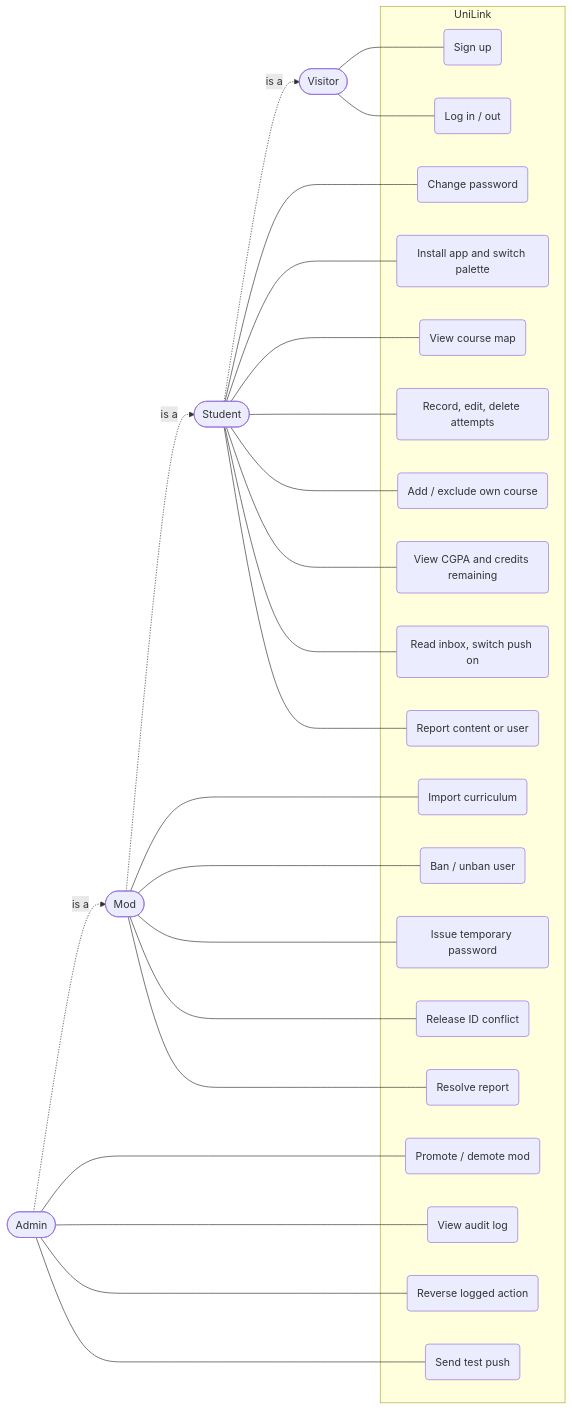
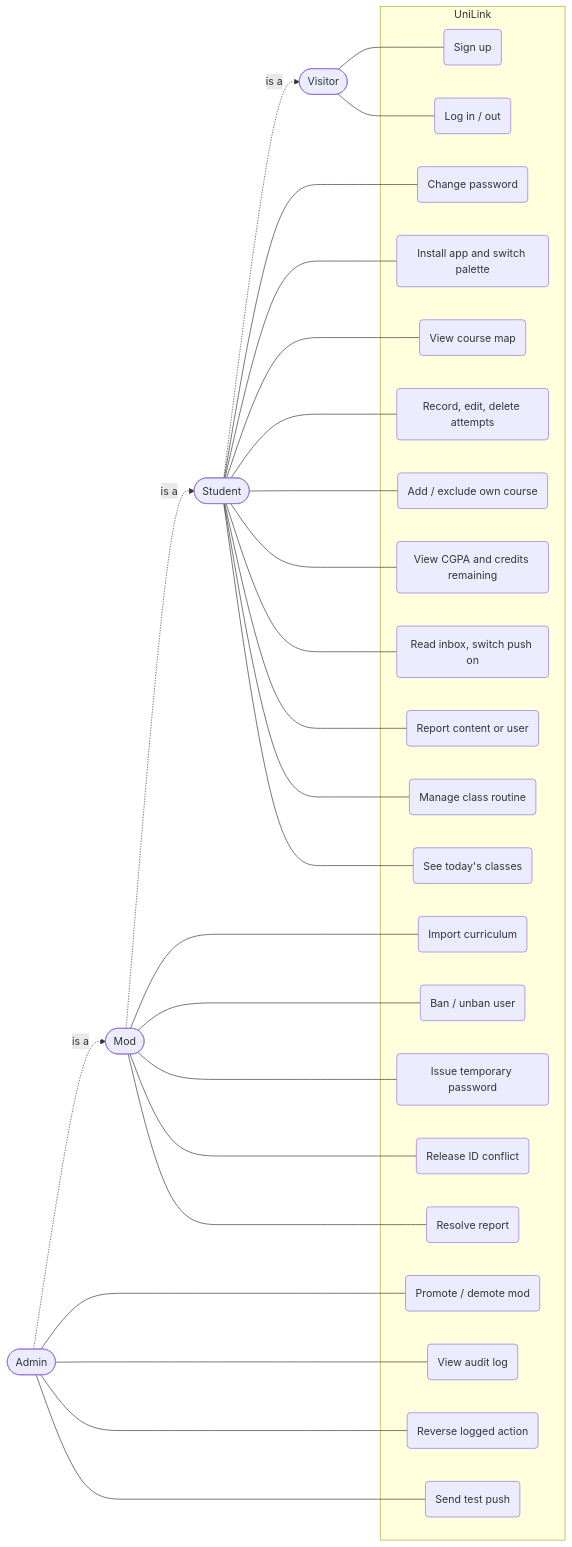
Before and after one commit to shithil17/UniLink: the diagram in docs/use-cases.md, drawn with Mermaid. The commit also changed other lines of this file and 7 other files, not shown here.

````diff
--- a/docs/use-cases.md
+++ b/docs/use-cases.md
@@ -5,52 +5,56 @@
 ```mermaid
 flowchart LR
   V([Visitor])
   S([Student])
   M([Mod])
   A([Admin])
   S -. is a .-> V
   M -. is a .-> S
   A -. is a .-> M
 
   subgraph UniLink
     UC1(Sign up)
     UC2(Log in / out)
     UC3(Change password)
     UC4(Install app and switch palette)
     UC5(View course map)
     UC6(Record, edit, delete attempts)
     UC7(Add / exclude own course)
     UC8(View CGPA and credits remaining)
     UC9(Read inbox, switch push on)
     UC10(Report content or user)
     UC11(Import curriculum)
     UC12(Ban / unban user)
     UC13(Issue temporary password)
     UC14(Release ID conflict)
     UC15(Resolve report)
     UC16(Promote / demote mod)
     UC17(View audit log)
     UC18(Reverse logged action)
     UC19(Send test push)
+    UC20(Manage class routine)
+    UC21(See today's classes)
   end
 
   V --- UC1
   V --- UC2
   S --- UC3
   S --- UC4
   S --- UC5
   S --- UC6
   S --- UC7
   S --- UC8
   S --- UC9
   S --- UC10
+  S --- UC20
+  S --- UC21
   M --- UC11
   M --- UC12
   M --- UC13
   M --- UC14
   M --- UC15
   A --- UC16
   A --- UC17
   A --- UC18
   A --- UC19
 ```
````
